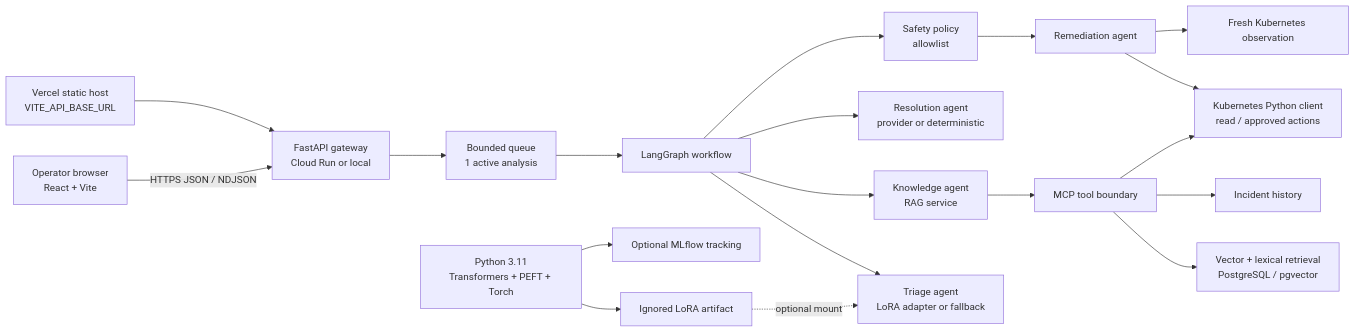
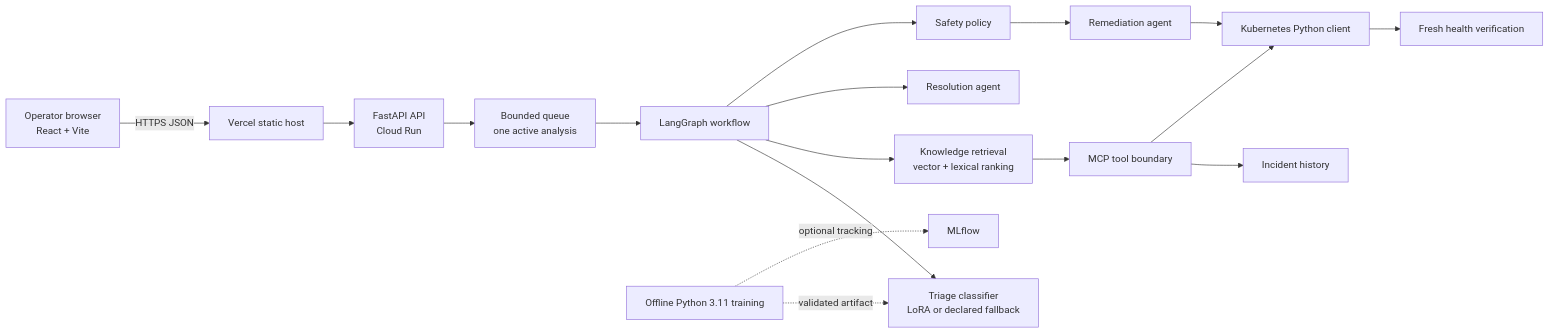
Before and after one commit to Param10Patil/AtlasAI: the second of 2 diagrams in README.md, drawn with Mermaid. The commit also changed other lines of this file, not shown here.

````diff
--- a/README.md
+++ b/README.md
@@ -65,21 +57,19 @@
-```mermaid
+~~~mermaid
 flowchart LR
-    User[Operator browser\nReact + Vite] -->|HTTPS JSON / NDJSON| API[FastAPI gateway\nCloud Run or local]
-    Vercel[Vercel static host\nVITE_API_BASE_URL] --> API
-    API --> Queue[Bounded queue\n1 active analysis]
+    Browser[Operator browser<br/>React + Vite] -->|HTTPS JSON| Frontend[Vercel static host]
+    Frontend --> API[FastAPI API<br/>Cloud Run]
+    API --> Queue[Bounded queue<br/>one active analysis]
     Queue --> Graph[LangGraph workflow]
-    Graph --> Triage[Triage agent\nLoRA adapter or fallback]
-    Graph --> Knowledge[Knowledge agent\nRAG service]
-    Graph --> Resolution[Resolution agent\nprovider or deterministic]
-    Graph --> Policy[Safety policy\nallowlist]
-    Knowledge --> MCP[MCP tool boundary]
-    MCP --> Vector[Vector + lexical retrieval\nPostgreSQL / pgvector]
+    Graph --> Triage[Triage classifier<br/>LoRA or declared fallback]
+    Graph --> RAG[Knowledge retrieval<br/>vector + lexical ranking]
+    Graph --> Resolution[Resolution agent]
+    RAG --> MCP[MCP tool boundary]
     MCP --> History[Incident history]
-    MCP --> K8s[Kubernetes Python client\nread / approved actions]
-    Policy --> Remediation[Remediation agent]
+    MCP --> K8s[Kubernetes Python client]
+    Policy[Safety policy] --> Remediation[Remediation agent]
+    Graph --> Policy
     Remediation --> K8s
-    Remediation --> Verify[Fresh Kubernetes observation]
-    Train[Python 3.11\nTransformers + PEFT + Torch] --> Artifact[Ignored LoRA artifact]
-    Artifact -. optional mount .-> Triage
-    Train --> MLflow[Optional MLflow tracking]
-```
+    K8s --> Verify[Fresh health verification]
+    Train[Offline Python 3.11 training] -. validated artifact .-> Triage
+    Train -. optional tracking .-> MLflow[MLflow]
+~~~
````
